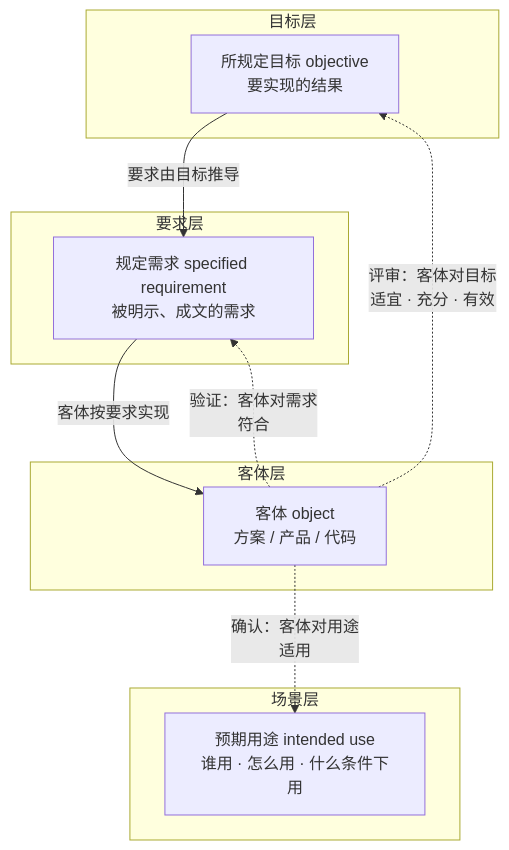
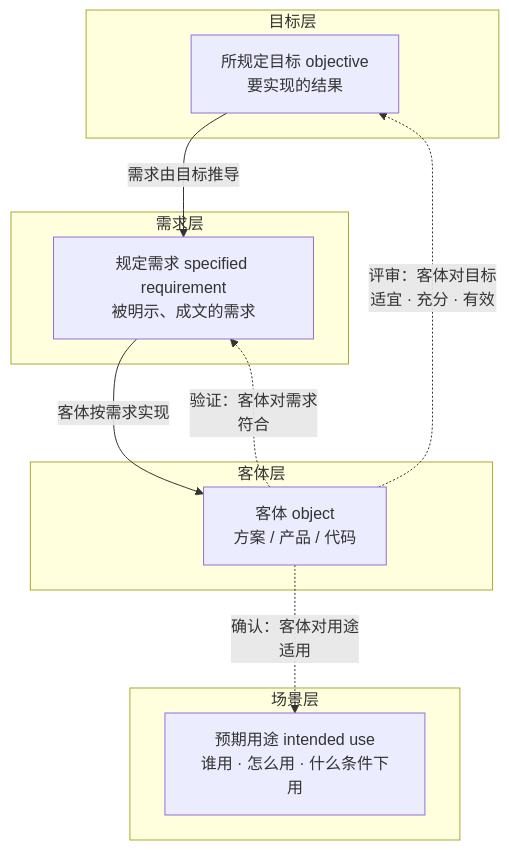
The diagram in 50-research/教材书/成书/build/.mmd/ch08-fig01.mmd (Yongjunzhou/AOS-system-design), drawn with Mermaid before and after one commit. The commit also changed 90 other files, not shown here.

```diff
--- a/50-research/教材书/成书/build/.mmd/ch08-fig01.mmd
+++ b/50-research/教材书/成书/build/.mmd/ch08-fig01.mmd
@@ -1,18 +1,18 @@
 flowchart TB
     subgraph 目标层["目标层"]
         T["所规定目标 objective<br/>要实现的结果"]
     end
-    subgraph 要求层["要求层"]
+    subgraph 需求层["需求层"]
         R["规定需求 specified requirement<br/>被明示、成文的需求"]
     end
     subgraph 客体层["客体层"]
         O["客体 object<br/>方案 / 产品 / 代码"]
     end
     subgraph 场景层["场景层"]
         U["预期用途 intended use<br/>谁用 · 怎么用 · 什么条件下用"]
     end
-    T -->|"要求由目标推导"| R
-    R -->|"客体按要求实现"| O
+    T -->|"需求由目标推导"| R
+    R -->|"客体按需求实现"| O
     O -.->|"评审：客体对目标<br/>适宜 · 充分 · 有效"| T
     O -.->|"验证：客体对需求<br/>符合"| R
     O -.->|"确认：客体对用途<br/>适用"| U
```
